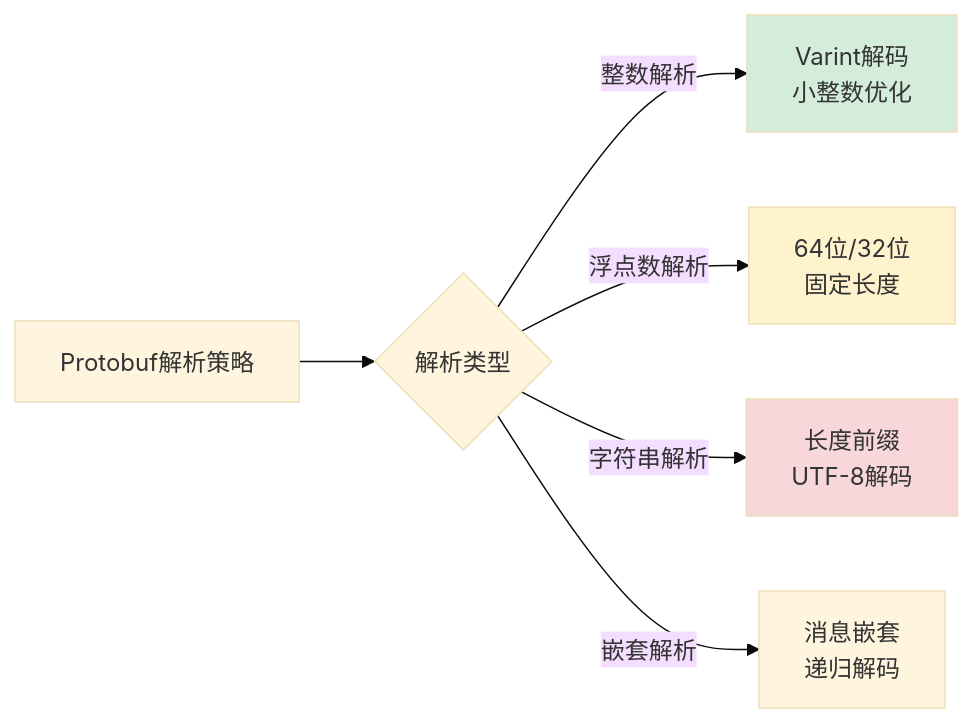
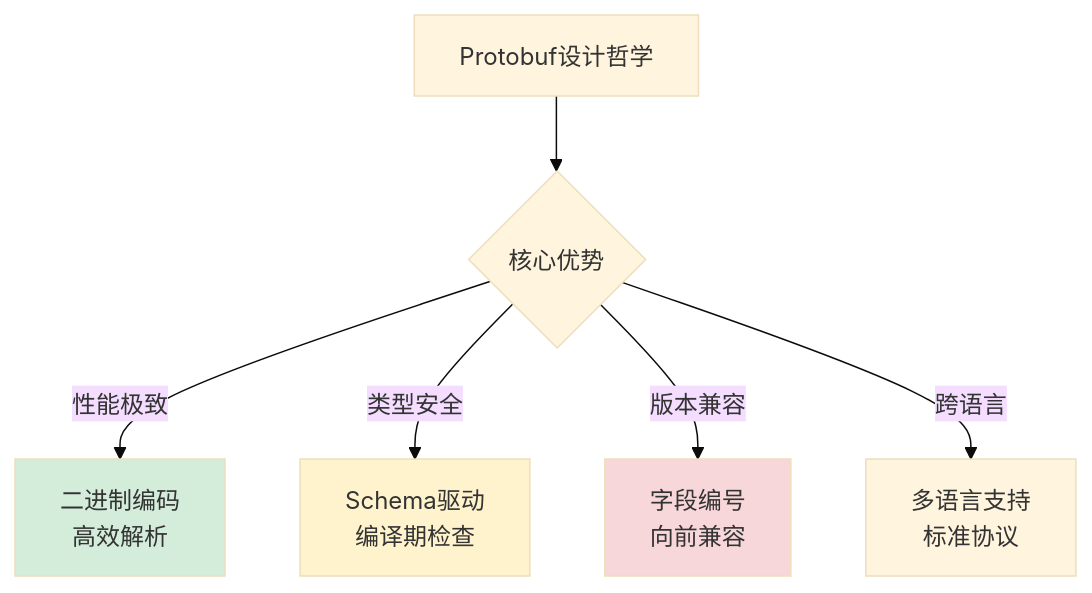
Diagram 20 of 31 in 00.通用技术的提升/02.程序编程原理/06.数据解析设计思想.md (chongyang211/YCBookBlog), drawn with Mermaid (base theme) before and after one commit. The commit also changed other lines of this file and 5 other files, not shown here.

````diff
--- a/00.通用技术的提升/02.程序编程原理/06.数据解析设计思想.md
+++ b/00.通用技术的提升/02.程序编程原理/06.数据解析设计思想.md
@@ -790,12 +2182,12 @@
 ```mermaid
-graph LR
-    A[Protobuf解析策略] --> B{解析类型}
-    B -->|整数解析| C[Varint解码<br/>小整数优化]
-    B -->|浮点数解析| D[64位/32位<br/>固定长度]
-    B -->|字符串解析| E[长度前缀<br/>UTF-8解码]
-    B -->|嵌套解析| F[消息嵌套<br/>递归解码]
+graph TB
+    A[Protobuf设计哲学] --> B{核心优势}
+    B -->|性能极致| C[二进制编码<br/>高效解析]
+    B -->|类型安全| D[Schema驱动<br/>编译期检查]
+    B -->|版本兼容| E[字段编号<br/>向前兼容]
+    B -->|跨语言| F[多语言支持<br/>标准协议]
     
     style C fill:#d4edda
     style D fill:#fff3cd
     style E fill:#f8d7da
 ```
````
